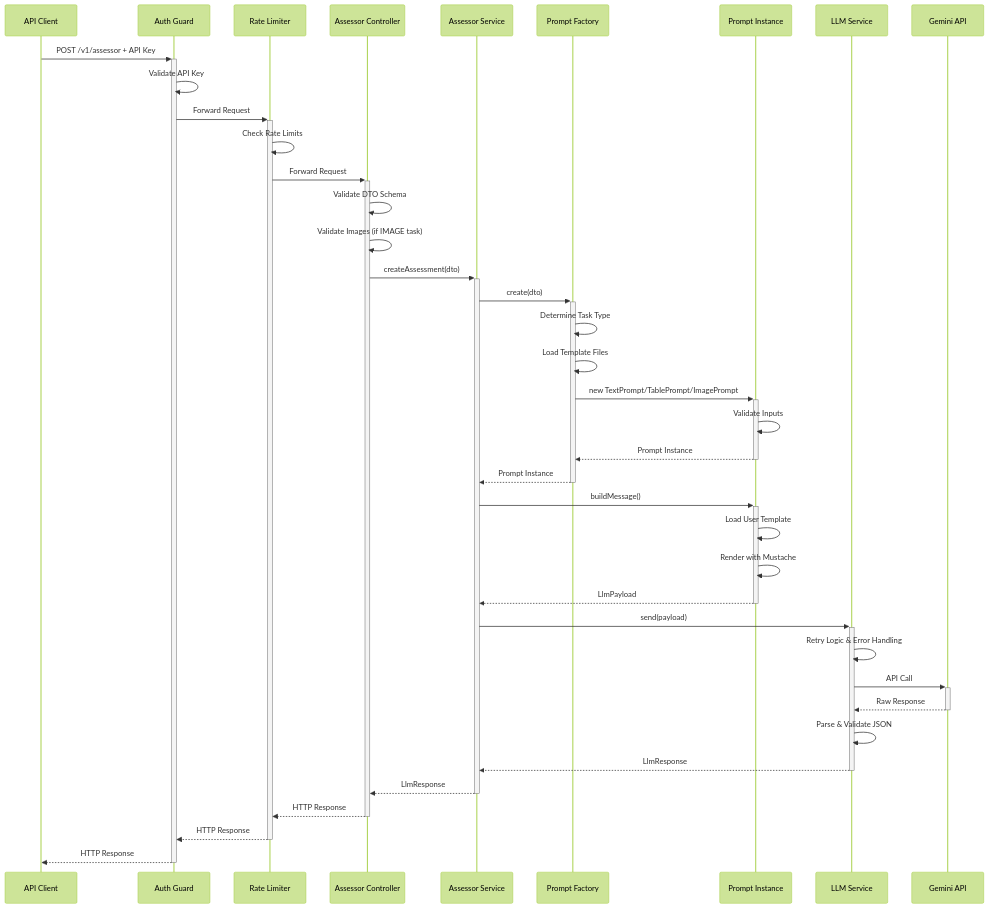
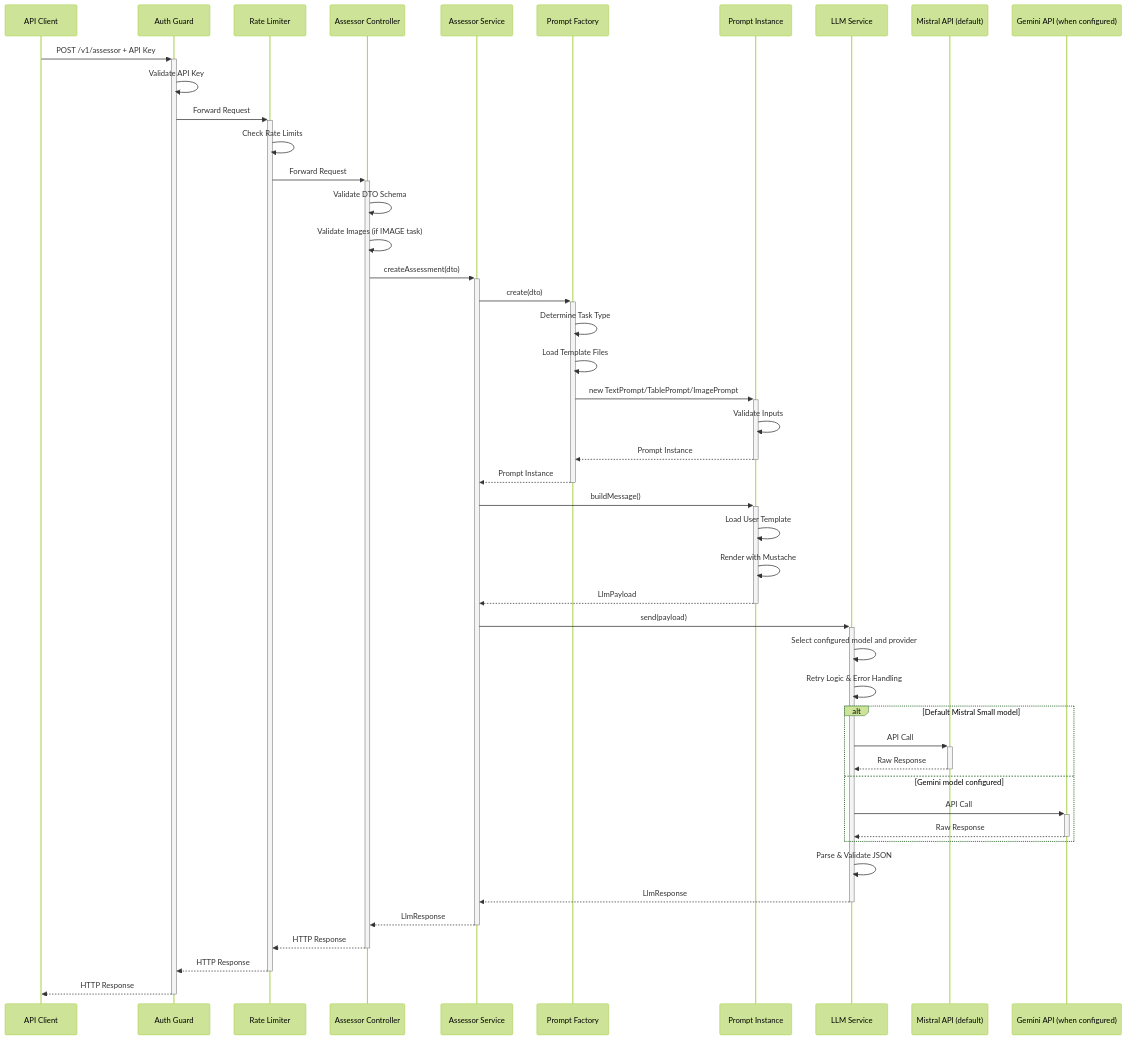
Before and after one commit to h-arnold/AssessmentBot-LLM-Service: the first of 2 diagrams in docs/architecture/data-flow.md, drawn with Mermaid (forest theme). The commit also changed other lines of this file and 20 other files, not shown here.

````diff
--- a/docs/architecture/data-flow.md
+++ b/docs/architecture/data-flow.md
@@ -5,42 +5,49 @@
 ```mermaid
 sequenceDiagram
     participant Client as API Client
     participant Guard as Auth Guard
     participant Throttle as Rate Limiter
     participant Controller as Assessor Controller
     participant Service as Assessor Service
     participant Factory as Prompt Factory
     participant Prompt as Prompt Instance
     participant LLM as LLM Service
-    participant Gemini as Gemini API
+    participant Mistral as Mistral API (default)
+    participant Gemini as Gemini API (when configured)
 
     Client->>+Guard: POST /v1/assessor + API Key
     Guard->>Guard: Validate API Key
     Guard->>+Throttle: Forward Request
     Throttle->>Throttle: Check Rate Limits
     Throttle->>+Controller: Forward Request
     Controller->>Controller: Validate DTO Schema
     Controller->>Controller: Validate Images (if IMAGE task)
     Controller->>+Service: createAssessment(dto)
     Service->>+Factory: create(dto)
     Factory->>Factory: Determine Task Type
     Factory->>Factory: Load Template Files
     Factory->>+Prompt: new TextPrompt/TablePrompt/ImagePrompt
     Prompt->>Prompt: Validate Inputs
     Prompt-->>-Factory: Prompt Instance
     Factory-->>-Service: Prompt Instance
     Service->>+Prompt: buildMessage()
     Prompt->>Prompt: Load User Template
     Prompt->>Prompt: Render with Mustache
     Prompt-->>-Service: LlmPayload
     Service->>+LLM: send(payload)
+    LLM->>LLM: Select configured model and provider
     LLM->>LLM: Retry Logic & Error Handling
-    LLM->>+Gemini: API Call
-    Gemini-->>-LLM: Raw Response
+    alt Default Mistral Small model
+        LLM->>+Mistral: API Call
+        Mistral-->>-LLM: Raw Response
+    else Gemini model configured
+        LLM->>+Gemini: API Call
+        Gemini-->>-LLM: Raw Response
+    end
     LLM->>LLM: Parse & Validate JSON
     LLM-->>-Service: LlmResponse
     Service-->>-Controller: LlmResponse
     Controller-->>-Throttle: HTTP Response
     Throttle-->>-Guard: HTTP Response
     Guard-->>-Client: HTTP Response
 ```
````
